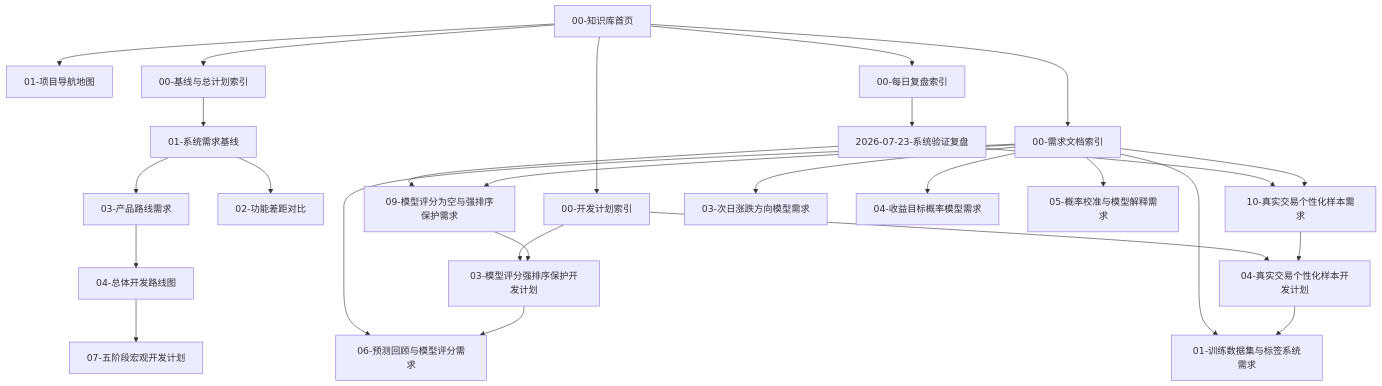
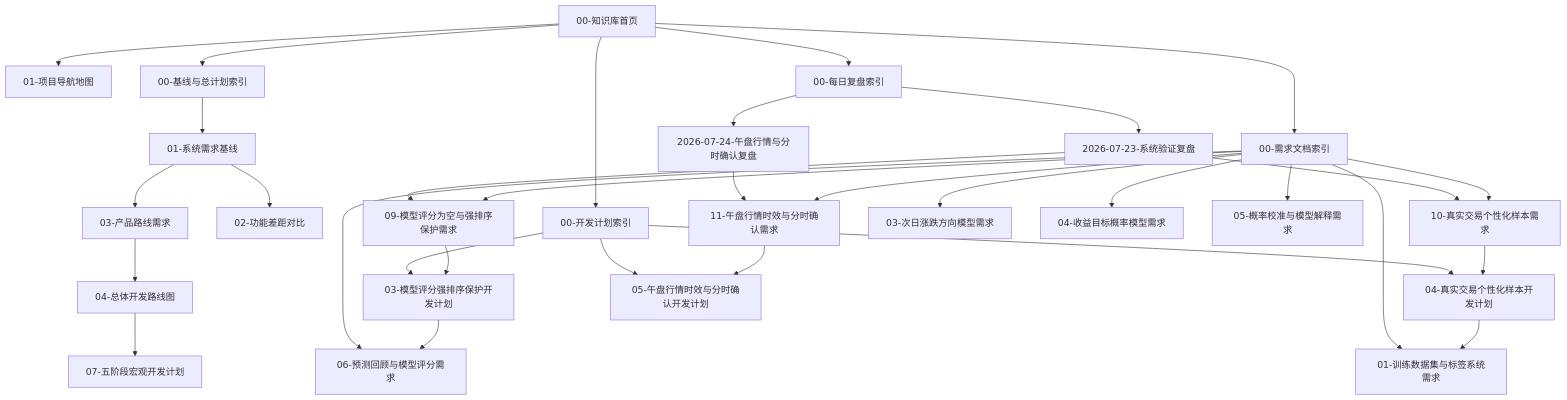
Before and after one commit to ixiaoxinxin/t_trade_system: the diagram in obsidian-vault/00-系统入口/05-知识图谱关系索引.md, drawn with Mermaid. The commit also changed 19 other files, not shown here.

````diff
--- a/obsidian-vault/00-系统入口/05-知识图谱关系索引.md
+++ b/obsidian-vault/00-系统入口/05-知识图谱关系索引.md
@@ -26,33 +26,38 @@
 ```mermaid
 flowchart TD
     A["00-知识库首页"] --> B["01-项目导航地图"]
     A --> C["00-基线与总计划索引"]
     A --> D["00-每日复盘索引"]
     A --> E["00-需求文档索引"]
     A --> F["00-开发计划索引"]
 
     C --> C1["01-系统需求基线"]
     C1 --> C2["02-功能差距对比"]
     C1 --> C3["03-产品路线需求"]
     C3 --> C4["04-总体开发路线图"]
     C4 --> C5["07-五阶段宏观开发计划"]
 
     D --> D1["2026-07-23-系统验证复盘"]
+    D --> D2["2026-07-24-午盘行情与分时确认复盘"]
     D1 --> E9["09-模型评分为空与强排序保护需求"]
     D1 --> E10["10-真实交易个性化样本需求"]
+    D2 --> E11["11-午盘行情时效与分时确认需求"]
 
     E --> E1["01-训练数据集与标签系统需求"]
     E --> E3["03-次日涨跌方向模型需求"]
     E --> E4["04-收益目标概率模型需求"]
     E --> E5["05-概率校准与模型解释需求"]
     E --> E6["06-预测回顾与模型评分需求"]
     E --> E9
     E --> E10
+    E --> E11
 
     F --> F3["03-模型评分强排序保护开发计划"]
     F --> F4["04-真实交易个性化样本开发计划"]
+    F --> F5["05-午盘行情时效与分时确认开发计划"]
     E9 --> F3
     E10 --> F4
+    E11 --> F5
     F3 --> E6
     F4 --> E1
 ```
````
